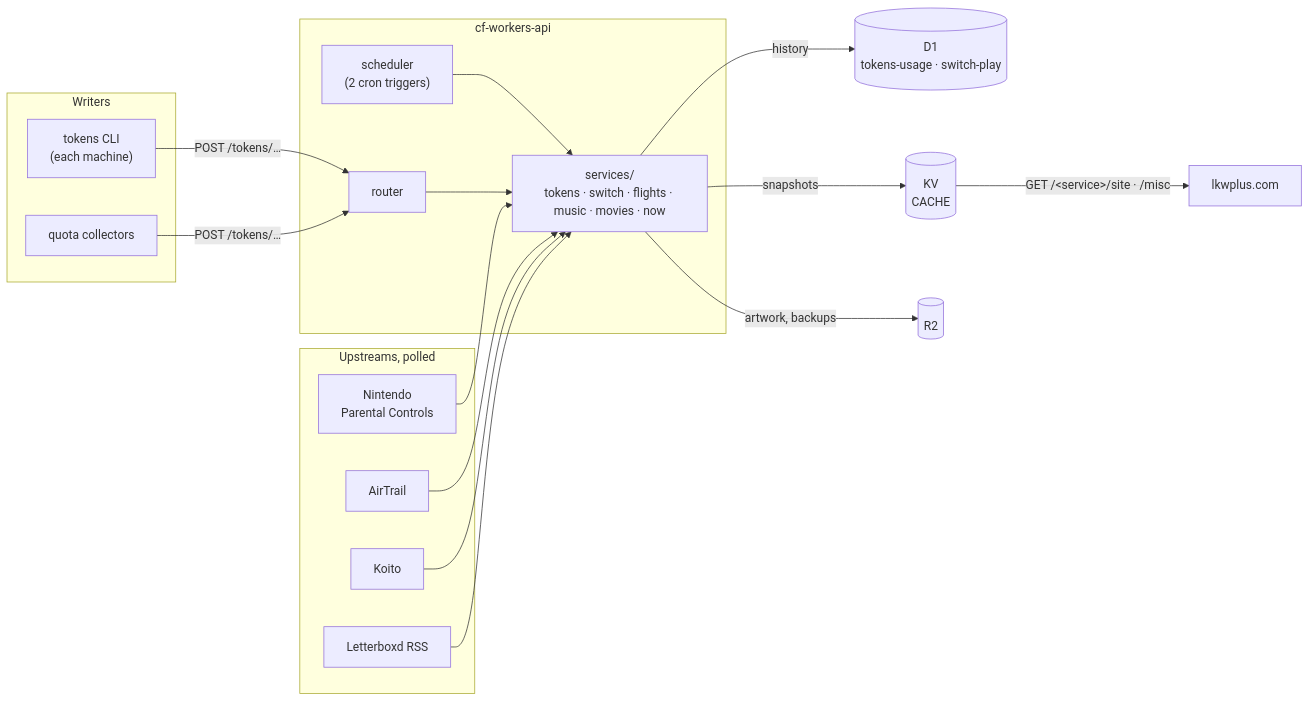
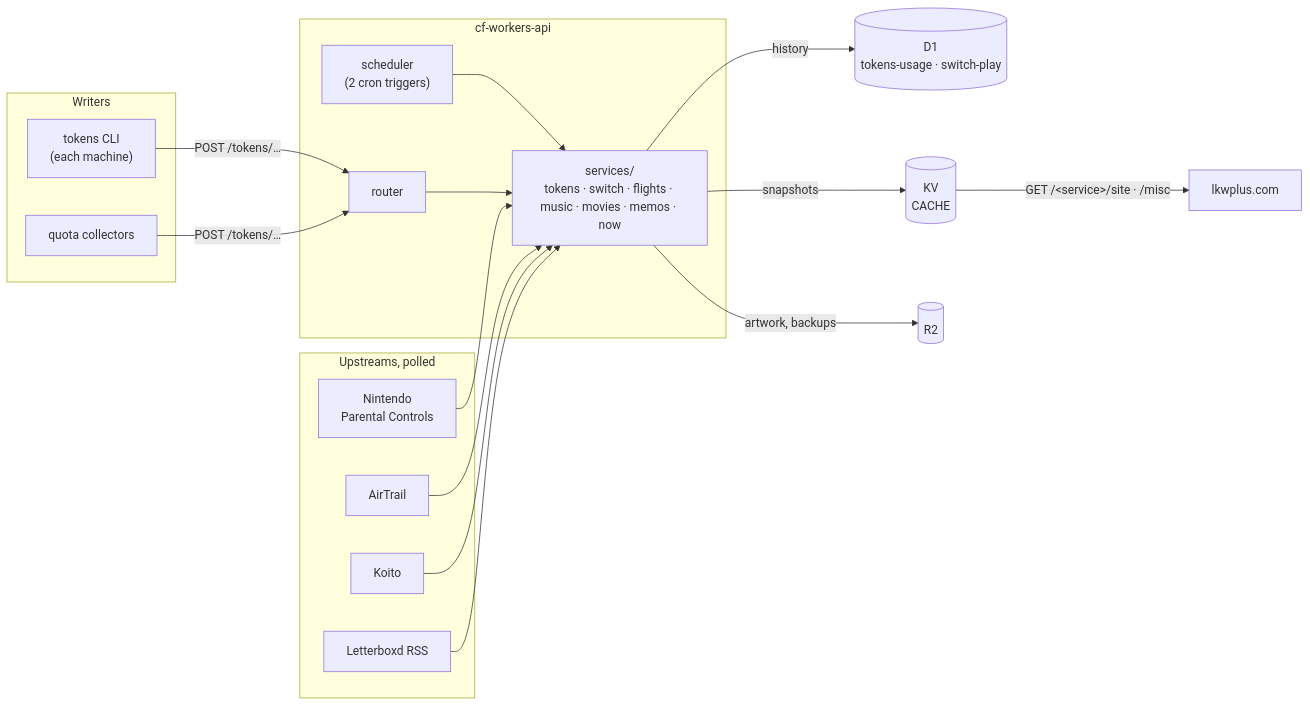
Before and after one commit to synthpop123/cf-workers-api: the diagram in README.md, drawn with Mermaid. The commit also changed other lines of this file and 16 other files, not shown here.

````diff
--- a/README.md
+++ b/README.md
@@ -10,26 +10,26 @@
 ```mermaid
 flowchart LR
   subgraph writers[Writers]
     CLI["tokens CLI<br/>(each machine)"]
     Collectors["quota collectors"]
   end
   subgraph upstreams[Upstreams, polled]
     Nintendo["Nintendo<br/>Parental Controls"]
     AirTrail["AirTrail"]
     Koito["Koito"]
     Letterboxd["Letterboxd RSS"]
   end
   subgraph worker[cf-workers-api]
     Router["router"]
     Scheduler["scheduler<br/>(2 cron triggers)"]
-    Services["services/<br/>tokens · switch · flights · music · movies · now"]
+    Services["services/<br/>tokens · switch · flights · music · movies · memos · now"]
   end
   CLI & Collectors -->|POST /tokens/…| Router
   Scheduler --> Services
   Router --> Services
   Services -->|history| D1[("D1<br/>tokens-usage · switch-play")]
   Services -->|snapshots| KV[("KV<br/>CACHE")]
   Services -->|artwork, backups| R2[("R2")]
   Nintendo & AirTrail & Koito & Letterboxd --> Services
   KV -->|"GET /&lt;service&gt;/site · /misc"| Site["lkwplus.com"]
 ```
````
